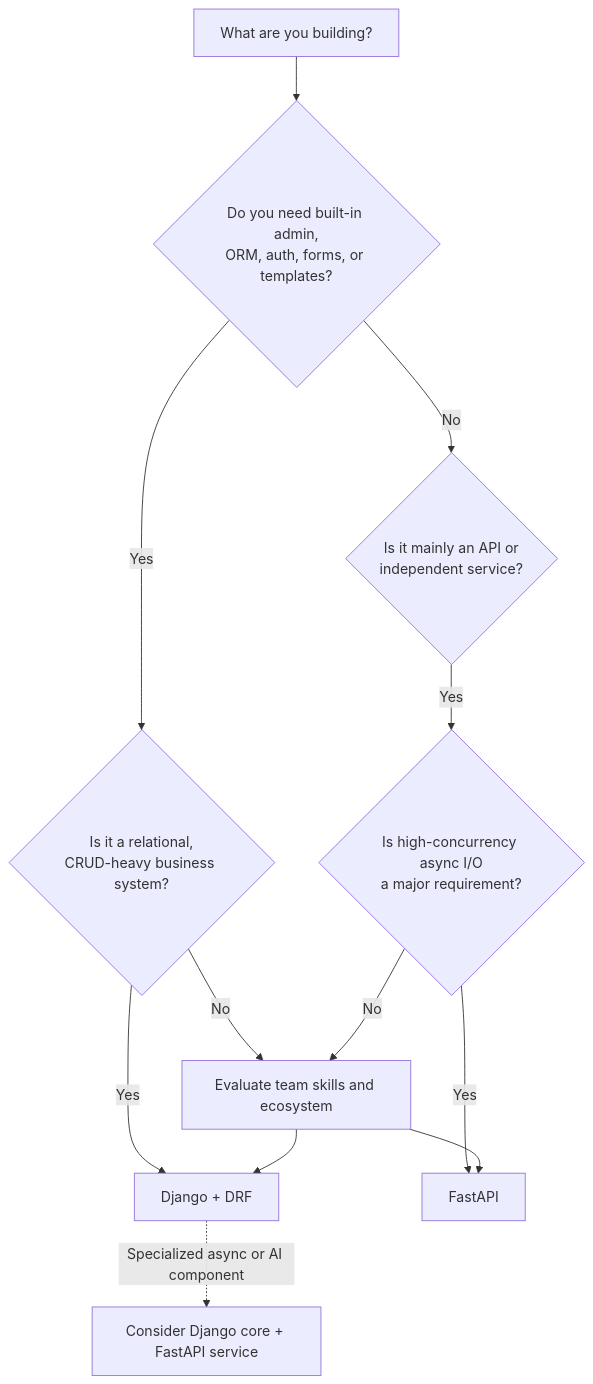
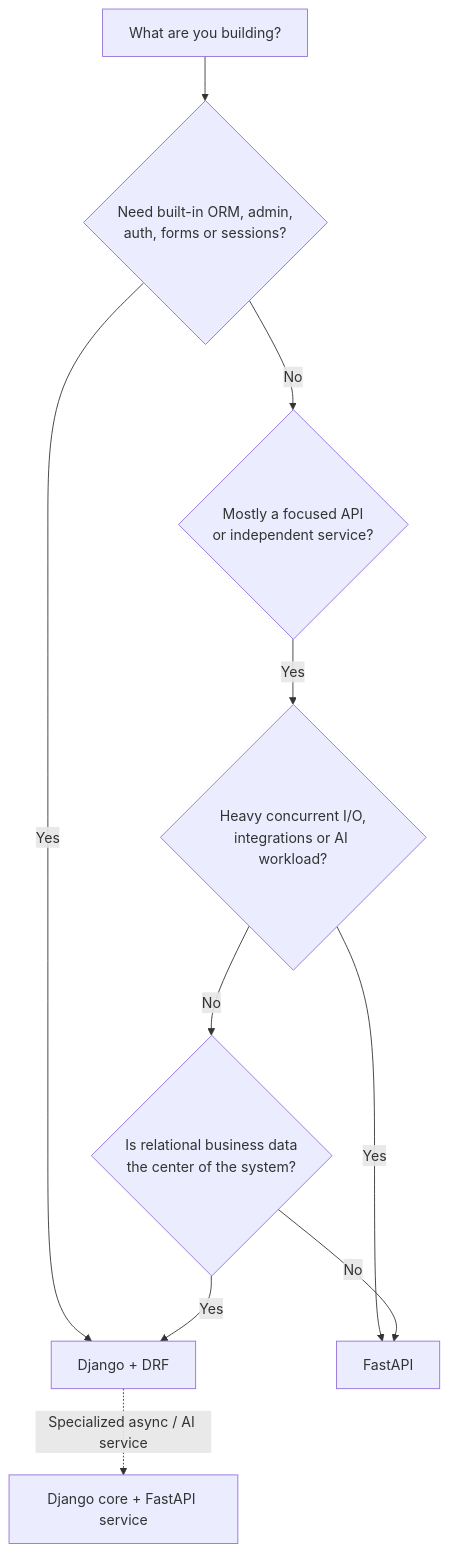
Before and after one commit to AvadhBhalodiya/Interview-Preparation: the first of 3 diagrams in src/content/fastapi/fastapi-vs-django.md, drawn with Mermaid. The commit also changed other lines of this file and 80 other files, not shown here.

````diff
--- a/src/content/fastapi/fastapi-vs-django.md
+++ b/src/content/fastapi/fastapi-vs-django.md
@@ -24,27 +24,12 @@
 ```mermaid
 flowchart TD
-    Start[What are you building?]
-    FullStack{Do you need built-in admin,<br/>ORM, auth, forms, or templates?}
-    APIOnly{Is it mainly an API or<br/>independent service?}
-    AsyncNeed{Is high-concurrency async I/O<br/>a major requirement?}
-    DataHeavy{Is it a relational,<br/>CRUD-heavy business system?}
-    Django[Django + DRF]
-    FastAPI[FastAPI]
-    Evaluate[Evaluate team skills and ecosystem]
-    Hybrid[Consider Django core + FastAPI service]
-
-    Start --> FullStack
-    FullStack -- Yes --> DataHeavy
-    DataHeavy -- Yes --> Django
-    DataHeavy -- No --> Evaluate
-
-    FullStack -- No --> APIOnly
-    APIOnly -- Yes --> AsyncNeed
-    AsyncNeed -- Yes --> FastAPI
-    AsyncNeed -- No --> Evaluate
-
-    Evaluate --> Django
-    Evaluate --> FastAPI
-
-    Django -. Specialized async or AI component .-> Hybrid
+    A[What are you building?] --> B{Need built-in ORM, admin,<br/>auth, forms or sessions?}
+    B -- Yes --> C[Django + DRF]
+    B -- No --> D{Mostly a focused API<br/>or independent service?}
+    D -- Yes --> E{Heavy concurrent I/O,<br/>integrations or AI workload?}
+    E -- Yes --> F[FastAPI]
+    E -- No --> G{Is relational business data<br/>the center of the system?}
+    G -- Yes --> C
+    G -- No --> F
+    C -. Specialized async / AI service .-> H[Django core + FastAPI service]
 ```
````
